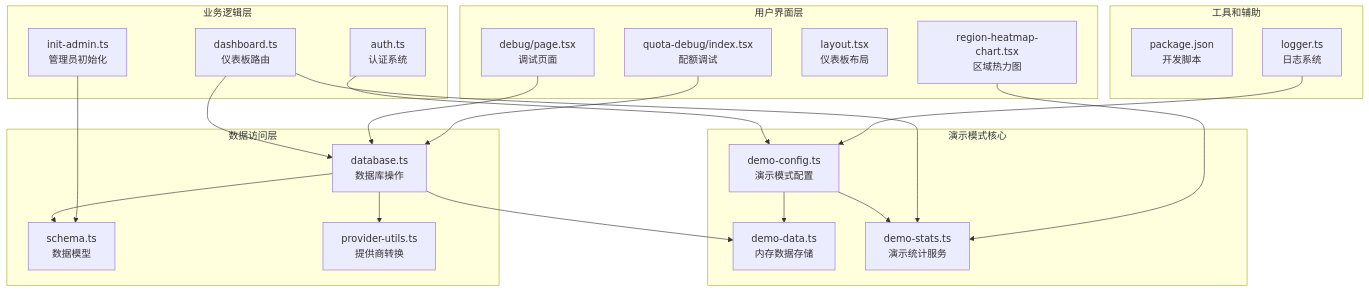
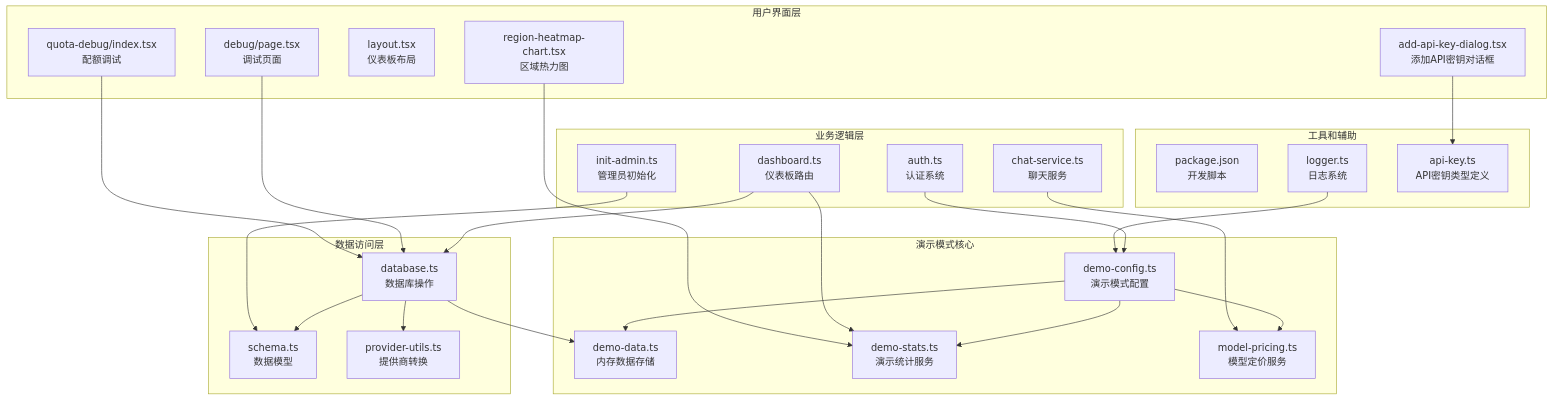
One commit to RadiumAg/AIGate changed the first of 11 diagrams in .qoder/repowiki/zh/content/核心功能/演示模式系统.md. Above: the diagram before and after it, drawn with Mermaid. The commit also changed other lines of this file and 7 other files, not shown here.

````diff
--- a/.qoder/repowiki/zh/content/核心功能/演示模式系统.md
+++ b/.qoder/repowiki/zh/content/核心功能/演示模式系统.md
@@ -59,41 +64,48 @@
 ```mermaid
 graph TB
 subgraph "演示模式核心"
 DC[demo-config.ts<br/>演示模式配置]
 DD[demo-data.ts<br/>内存数据存储]
 DS[demo-stats.ts<br/>演示统计服务]
+MP[model-pricing.ts<br/>模型定价服务]
 end
 subgraph "数据访问层"
 DB[database.ts<br/>数据库操作]
 SC[schema.ts<br/>数据模型]
 PU[provider-utils.ts<br/>提供商转换]
 end
 subgraph "业务逻辑层"
 DR[dashboard.ts<br/>仪表板路由]
 AU[auth.ts<br/>认证系统]
 IL[init-admin.ts<br/>管理员初始化]
+CS[chat-service.ts<br/>聊天服务]
 end
 subgraph "用户界面层"
 DP[debug/page.tsx<br/>调试页面]
 QD[quota-debug/index.tsx<br/>配额调试]
 DL[layout.tsx<br/>仪表板布局]
 RHC[region-heatmap-chart.tsx<br/>区域热力图]
+AKD[add-api-key-dialog.tsx<br/>添加API密钥对话框]
 end
 subgraph "工具和辅助"
 PKG[package.json<br/>开发脚本]
 LG[logger.ts<br/>日志系统]
+TK[api-key.ts<br/>API密钥类型定义]
 end
 DC --> DD
 DC --> DS
+DC --> MP
 DB --> DD
 DB --> SC
 DB --> PU
 DR --> DS
 DR --> DB
 DP --> DB
 QD --> DB
 AU --> DC
 IL --> SC
+CS --> MP
+AKD --> TK
 LG --> DC
 RHC --> DS
 ```
````
